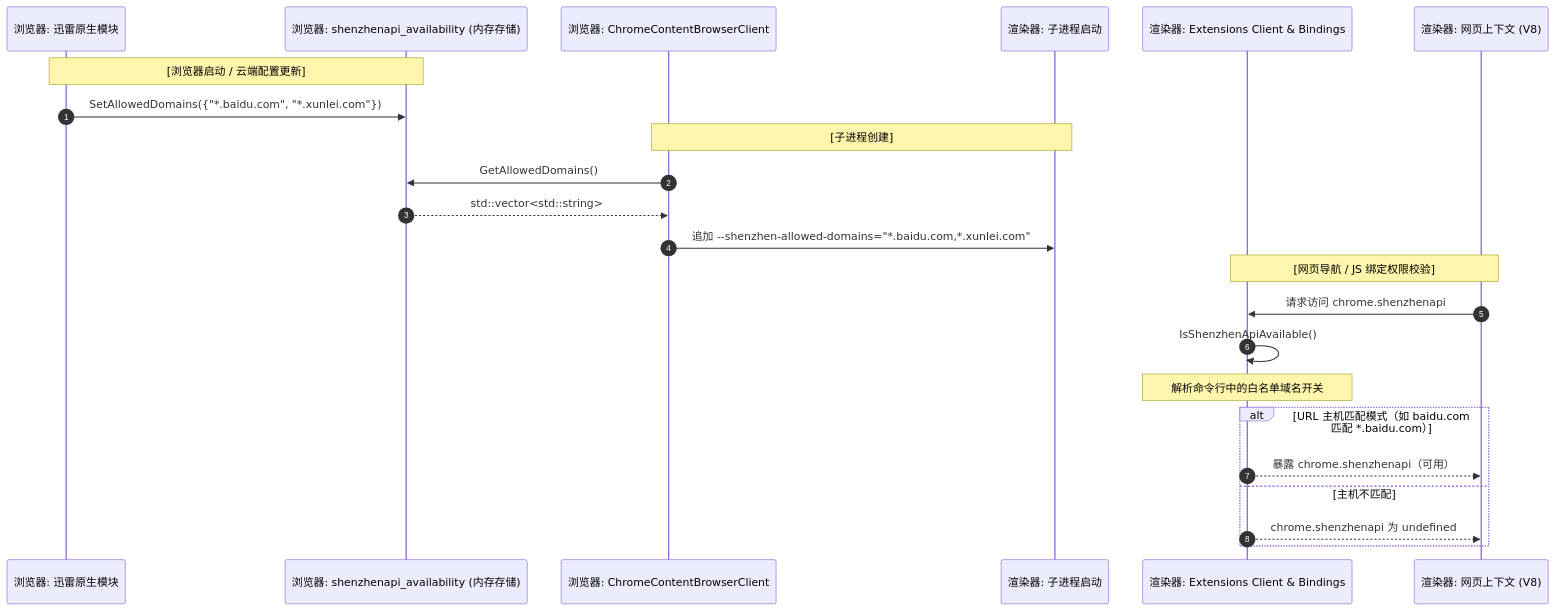
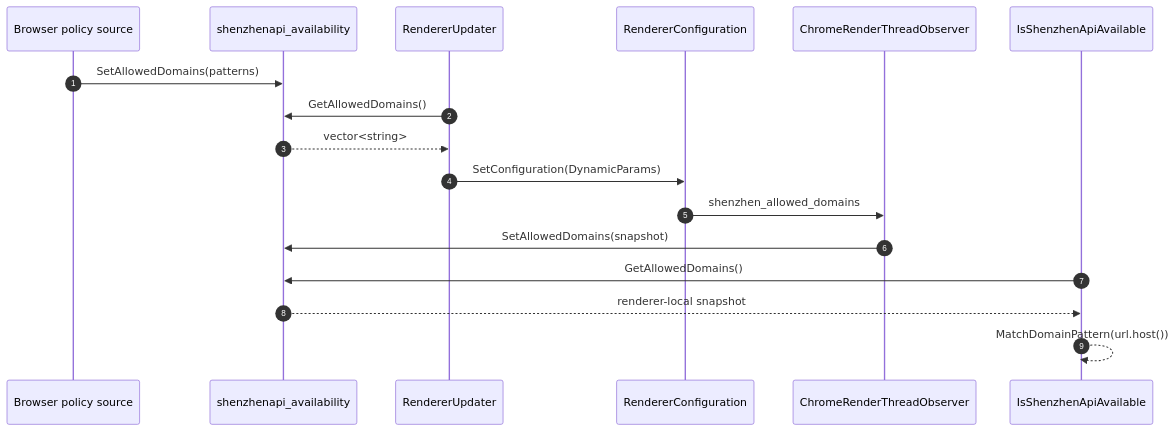
One commit to ccjuuc/chromium changed the diagram in xenon_overlay/docs/ShenzhenAPI动态域名校验设计.md. Above: the diagram before and after it, drawn with Mermaid. The commit also changed other lines of this file and 153 other files, not shown here.

````diff
--- a/xenon_overlay/docs/ShenzhenAPI动态域名校验设计.md
+++ b/xenon_overlay/docs/ShenzhenAPI动态域名校验设计.md
@@ -23,28 +51,20 @@
 ```mermaid
 sequenceDiagram
     autonumber
-    participant BrowserPrivate as 浏览器: 迅雷原生模块
-    participant BrowserMemory as 浏览器: shenzhenapi_availability (内存存储)
-    participant BrowserClient as 浏览器: ChromeContentBrowserClient
-    participant RendererProc as 渲染器: 子进程启动
-    participant RendererClient as 渲染器: Extensions Client & Bindings
-    participant WebPage as 渲染器: 网页上下文 (V8)
+    participant Source as Browser policy source
+    participant Store as shenzhenapi_availability
+    participant Updater as RendererUpdater
+    participant Config as RendererConfiguration
+    participant Observer as ChromeRenderThreadObserver
+    participant Check as IsShenzhenApiAvailable
 
-    Note over BrowserPrivate,BrowserMemory: [浏览器启动 / 云端配置更新]
-    BrowserPrivate->>BrowserMemory: SetAllowedDomains({"*.baidu.com", "*.xunlei.com"})
-    
-    Note over BrowserClient,RendererProc: [子进程创建]
-    BrowserClient->>BrowserMemory: GetAllowedDomains()
-    BrowserMemory-->>BrowserClient: std::vector<std::string>
-    BrowserClient->>RendererProc: 追加 --shenzhen-allowed-domains="*.baidu.com,*.xunlei.com"
-    
-    Note over RendererClient,WebPage: [网页导航 / JS 绑定权限校验]
-    WebPage->>RendererClient: 请求访问 chrome.shenzhenapi
-    RendererClient->>RendererClient: IsShenzhenApiAvailable()
-    Note over RendererClient: 解析命令行中的白名单域名开关
-    alt URL 主机匹配模式（如 baidu.com 匹配 *.baidu.com）
-        RendererClient-->>WebPage: 暴露 chrome.shenzhenapi（可用）
-    else 主机不匹配
-        RendererClient-->>WebPage: chrome.shenzhenapi 为 undefined
-    end
+    Source->>Store: SetAllowedDomains(patterns)
+    Updater->>Store: GetAllowedDomains()
+    Store-->>Updater: vector<string>
+    Updater->>Config: SetConfiguration(DynamicParams)
+    Config->>Observer: shenzhen_allowed_domains
+    Observer->>Store: SetAllowedDomains(snapshot)
+    Check->>Store: GetAllowedDomains()
+    Store-->>Check: renderer-local snapshot
+    Check-->>Check: MatchDomainPattern(url.host())
 ```
````
